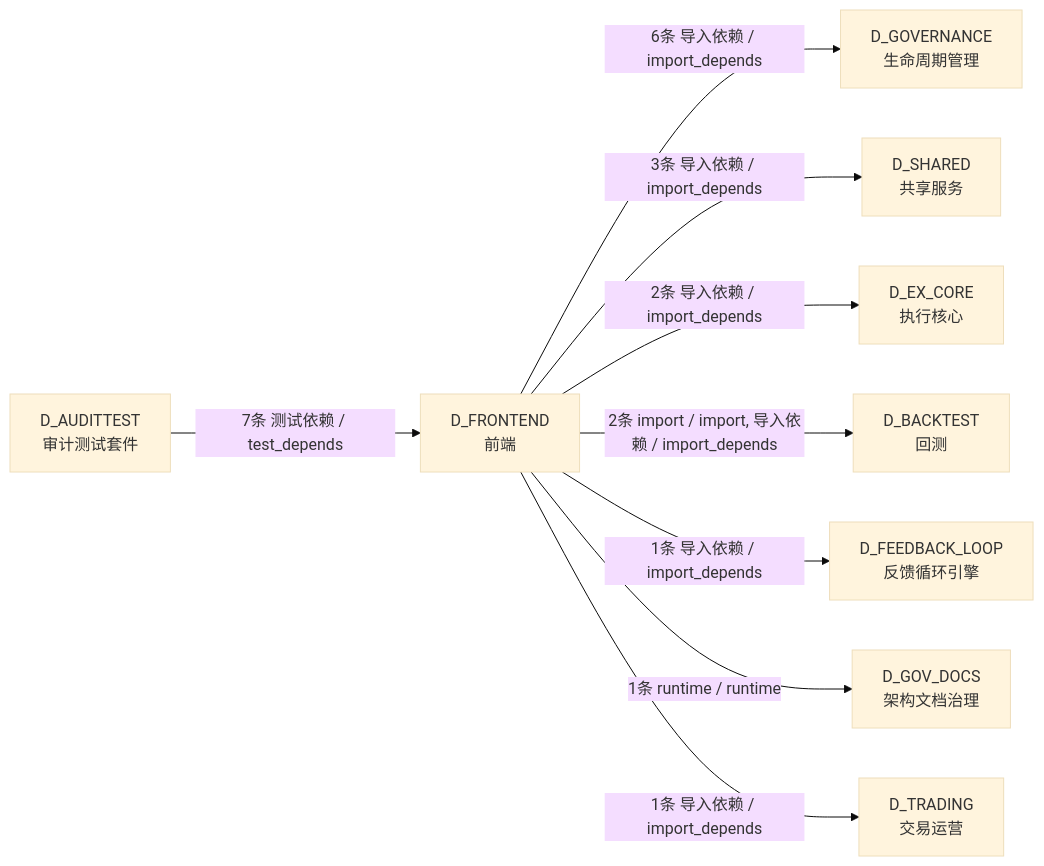
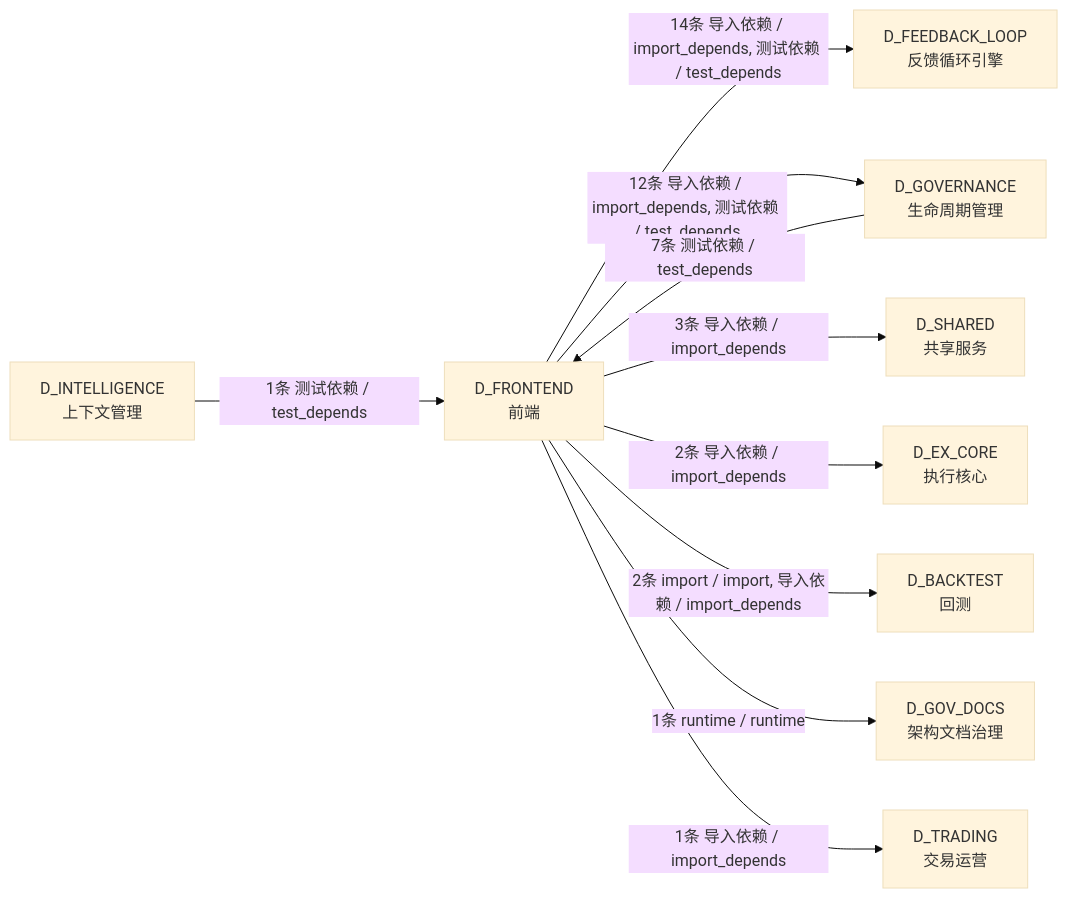
One commit to xuanFelixVan/ZephyrAlpha changed the sixth of 6 diagrams in docs/02_enterprise_architecture/02_domain_architecture_docs/13_d_frontend.md. Above: the diagram before and after it, drawn with Mermaid (base theme). The commit also changed other lines of this file and 112 other files, not shown here.

````diff
--- a/docs/02_enterprise_architecture/02_domain_architecture_docs/13_d_frontend.md
+++ b/docs/02_enterprise_architecture/02_domain_architecture_docs/13_d_frontend.md
@@ -398,20 +499,21 @@
 ```mermaid
 graph LR
     D_FRONTEND["D_FRONTEND<br/>前端"]
+    D_FEEDBACK_LOOP["D_FEEDBACK_LOOP<br/>反馈循环引擎"]
     D_GOVERNANCE["D_GOVERNANCE<br/>生命周期管理"]
     D_SHARED["D_SHARED<br/>共享服务"]
     D_EX_CORE["D_EX_CORE<br/>执行核心"]
     D_BACKTEST["D_BACKTEST<br/>回测"]
-    D_FEEDBACK_LOOP["D_FEEDBACK_LOOP<br/>反馈循环引擎"]
     D_GOV_DOCS["D_GOV_DOCS<br/>架构文档治理"]
     D_TRADING["D_TRADING<br/>交易运营"]
-    D_AUDITTEST["D_AUDITTEST<br/>审计测试套件"]
-    D_FRONTEND -->|6条 导入依赖 / import_depends| D_GOVERNANCE
+    D_INTELLIGENCE["D_INTELLIGENCE<br/>上下文管理"]
+    D_FRONTEND -->|14条 导入依赖 / import_depends, 测试依赖 / test_depends| D_FEEDBACK_LOOP
+    D_FRONTEND -->|12条 导入依赖 / import_depends, 测试依赖 / test_depends| D_GOVERNANCE
     D_FRONTEND -->|3条 导入依赖 / import_depends| D_SHARED
     D_FRONTEND -->|2条 导入依赖 / import_depends| D_EX_CORE
     D_FRONTEND -->|2条 import / import, 导入依赖 / import_depends| D_BACKTEST
-    D_FRONTEND -->|1条 导入依赖 / import_depends| D_FEEDBACK_LOOP
     D_FRONTEND -->|1条 runtime / runtime| D_GOV_DOCS
     D_FRONTEND -->|1条 导入依赖 / import_depends| D_TRADING
-    D_AUDITTEST -->|7条 测试依赖 / test_depends| D_FRONTEND
+    D_GOVERNANCE -->|7条 测试依赖 / test_depends| D_FRONTEND
+    D_INTELLIGENCE -->|1条 测试依赖 / test_depends| D_FRONTEND
 ```
````
